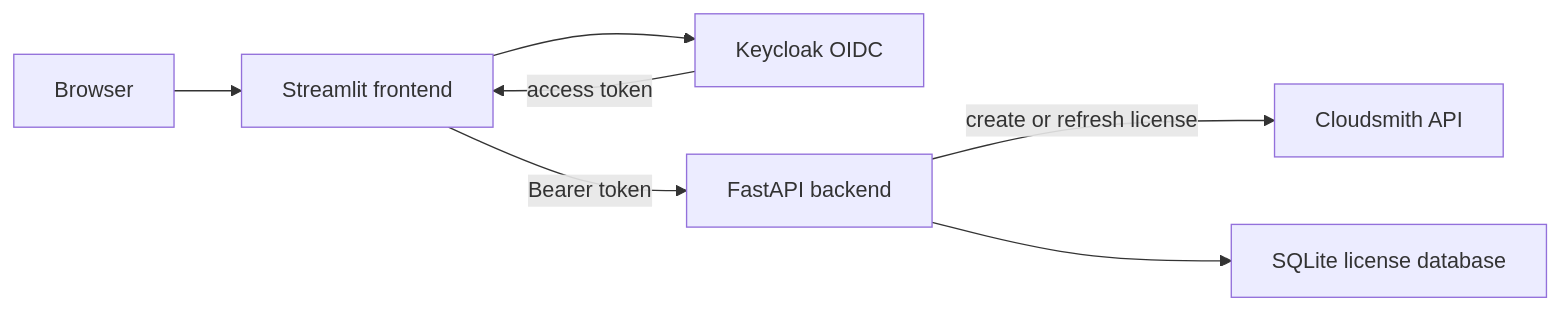
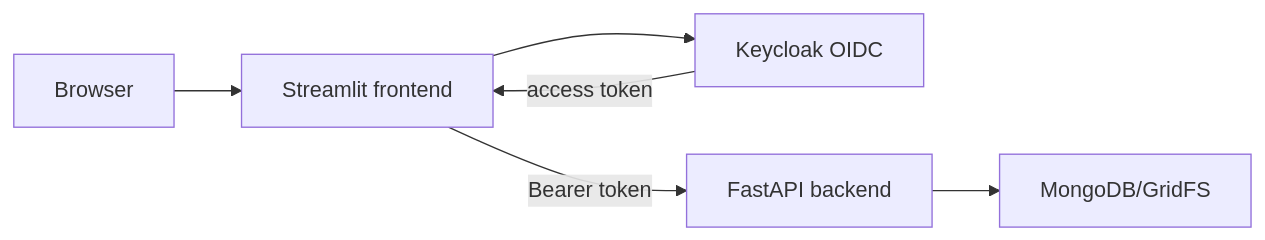
Before and after one commit to ValentinTwin1206/modern-python-devops-egineering: the diagram in docs/chapter-04/section-01.md, drawn with Mermaid. The commit also changed other lines of this file and 24 other files, not shown here.

````diff
--- a/docs/chapter-04/section-01.md
+++ b/docs/chapter-04/section-01.md
@@ -12,9 +12,8 @@
 ```mermaid
 flowchart LR
     B["Browser"] --> F["Streamlit frontend"]
     F --> K["Keycloak OIDC"]
     K -->|access token| F
     F -->|Bearer token| A["FastAPI backend"]
-    A -->|create or refresh license| C["Cloudsmith API"]
-    A --> D["SQLite license database"]
+    A --> D["MongoDB/GridFS"]
 ```
````
